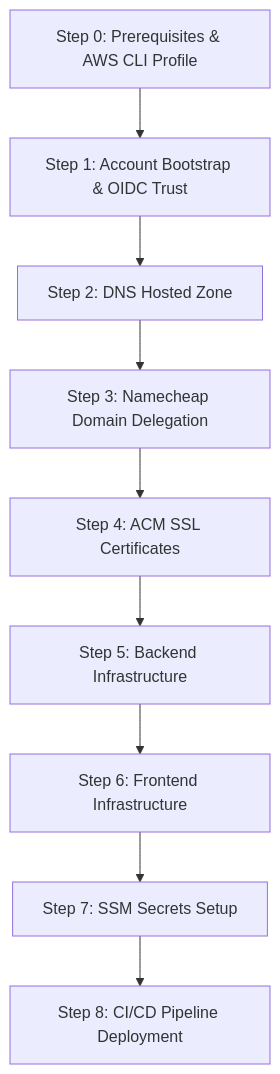
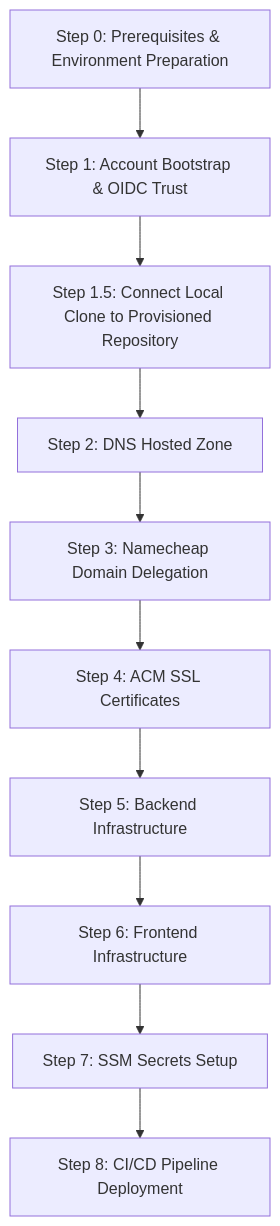
One commit to Beep1608/cleanmybelly changed the diagram in docs/getting_started.md. Above: the diagram before and after it, drawn with Mermaid. The commit also changed other lines of this file and 7 other files, not shown here.

````diff
--- a/docs/getting_started.md
+++ b/docs/getting_started.md
@@ -9,11 +9,12 @@
 ```mermaid
 graph TD
-    Step0[Step 0: Prerequisites & AWS CLI Profile] --> Step1[Step 1: Account Bootstrap & OIDC Trust]
-    Step1 --> Step2[Step 2: DNS Hosted Zone]
+    Step0[Step 0: Prerequisites & Environment Preparation] --> Step1[Step 1: Account Bootstrap & OIDC Trust]
+    Step1 --> Step1_5[Step 1.5: Connect Local Clone to Provisioned Repository]
+    Step1_5 --> Step2[Step 2: DNS Hosted Zone]
     Step2 --> Step3[Step 3: Namecheap Domain Delegation]
     Step3 --> Step4[Step 4: ACM SSL Certificates]
     Step4 --> Step5[Step 5: Backend Infrastructure]
     Step5 --> Step6[Step 6: Frontend Infrastructure]
     Step6 --> Step7[Step 7: SSM Secrets Setup]
     Step7 --> Step8[Step 8: CI/CD Pipeline Deployment]
 ```
````
